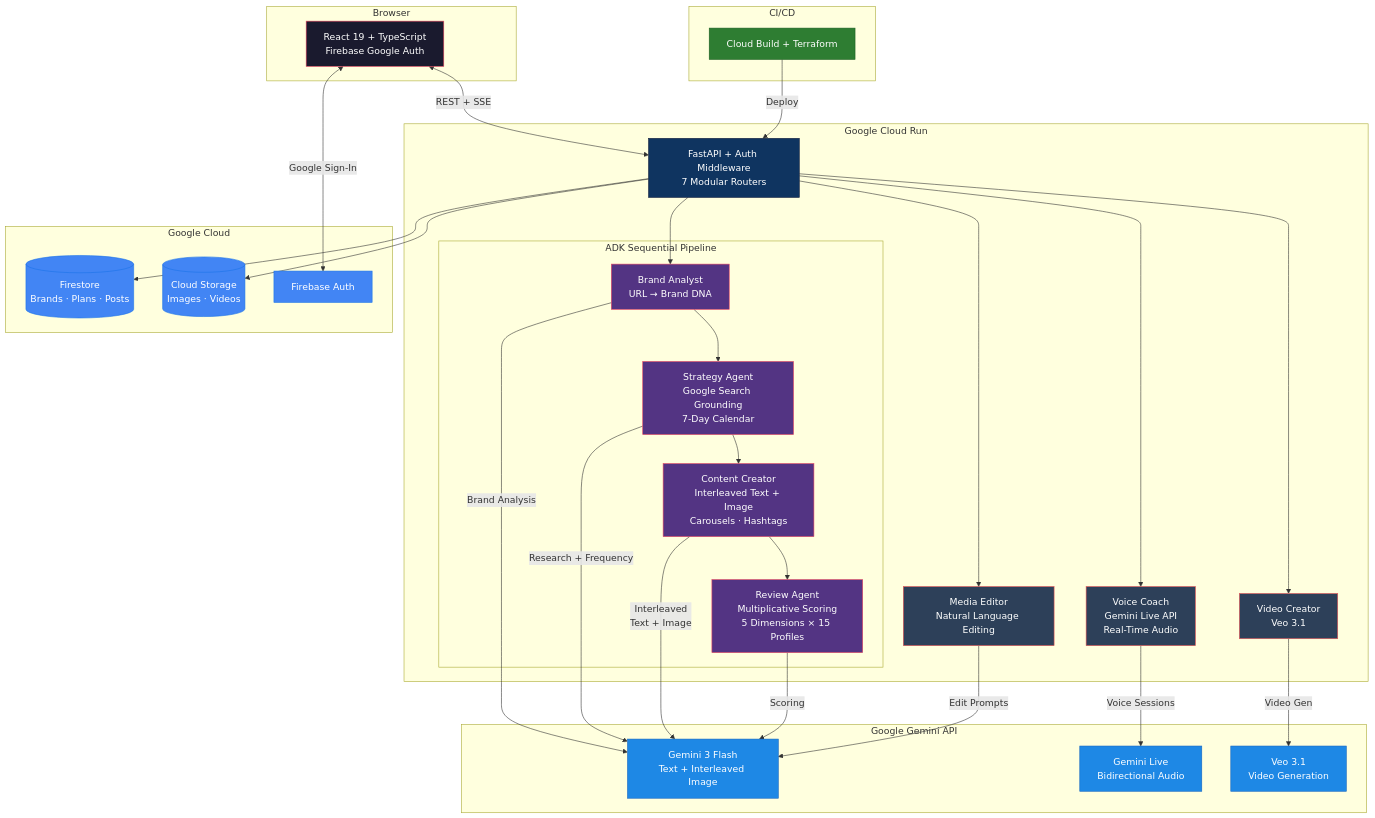
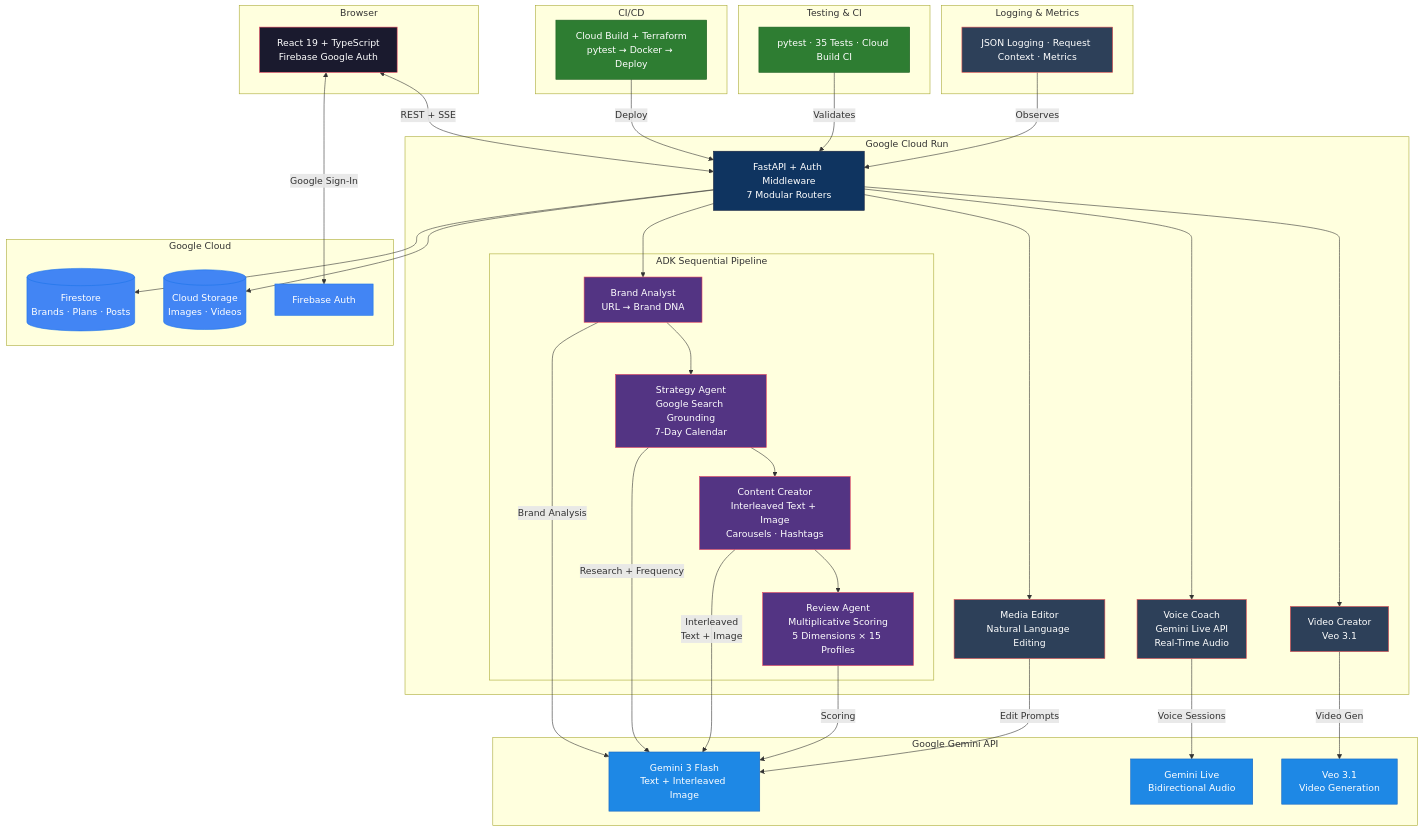
Before and after one commit to dimitriderose/amplispark: the diagram in docs/architecture-simple.mermaid, drawn with Mermaid. The commit also changed 4 other files, not shown here.

First line of the commit message:
docs: update README, PRD, TDD, and architecture diagrams with v1.8/v1.9 changes

```diff
--- a/docs/architecture-simple.mermaid
+++ b/docs/architecture-simple.mermaid
@@ -1,75 +1,87 @@
 graph TB
     subgraph Browser["Browser"]
         FE["React 19 + TypeScript<br/>Firebase Google Auth"]
     end
 
     subgraph CloudRun["Google Cloud Run"]
         API["FastAPI + Auth Middleware<br/>7 Modular Routers"]
 
         subgraph Pipeline["ADK Sequential Pipeline"]
             BA["Brand Analyst<br/>URL → Brand DNA"]
             STR["Strategy Agent<br/>Google Search Grounding<br/>7-Day Calendar"]
             CC["Content Creator<br/>Interleaved Text + Image<br/>Carousels · Hashtags"]
             RA["Review Agent<br/>Multiplicative Scoring<br/>5 Dimensions × 15 Profiles"]
         end
 
         VC["Voice Coach<br/>Gemini Live API<br/>Real-Time Audio"]
         VID["Video Creator<br/>Veo 3.1"]
         ME["Media Editor<br/>Natural Language Editing"]
     end
 
     subgraph Gemini["Google Gemini API"]
         GFlash["Gemini 3 Flash<br/>Text + Interleaved Image"]
         GLive["Gemini Live<br/>Bidirectional Audio"]
         VEO["Veo 3.1<br/>Video Generation"]
     end
 
     subgraph GCP["Google Cloud"]
         FS[("Firestore<br/>Brands · Plans · Posts")]
         GCS[("Cloud Storage<br/>Images · Videos")]
         FAUTH["Firebase Auth"]
     end
 
     subgraph CICD["CI/CD"]
-        CB["Cloud Build + Terraform"]
+        CB["Cloud Build + Terraform<br/>pytest → Docker → Deploy"]
+    end
+
+    subgraph Testing["Testing & CI"]
+        TST["pytest · 35 Tests · Cloud Build CI"]
+    end
+
+    subgraph Observability["Logging & Metrics"]
+        LOG["JSON Logging · Request Context · Metrics"]
     end
 
     FE <-->|"REST + SSE"| API
     FE <-->|"Google Sign-In"| FAUTH
 
     API --> BA
     BA --> STR
     STR --> CC
     CC --> RA
 
     API --> VC
     API --> VID
     API --> ME
 
     BA -->|"Brand Analysis"| GFlash
     STR -->|"Research + Frequency"| GFlash
     CC -->|"Interleaved<br/>Text + Image"| GFlash
     RA -->|"Scoring"| GFlash
     ME -->|"Edit Prompts"| GFlash
     VC -->|"Voice Sessions"| GLive
     VID -->|"Video Gen"| VEO
 
     API --> FS
     API --> GCS
     CB -->|"Deploy"| API
+    TST -->|"Validates"| API
+    LOG -->|"Observes"| API
 
     classDef browser fill:#1a1a2e,stroke:#e94560,color:#fff
     classDef cloud fill:#0f3460,stroke:#16213e,color:#fff
     classDef pipeline fill:#533483,stroke:#e94560,color:#fff
     classDef gemini fill:#1e88e5,stroke:#1565c0,color:#fff
     classDef gcp fill:#4285f4,stroke:#1a73e8,color:#fff
     classDef infra fill:#2e7d32,stroke:#1b5e20,color:#fff
     classDef support fill:#2d4059,stroke:#ea5455,color:#fff
 
     class FE browser
     class API cloud
     class BA,STR,CC,RA pipeline
     class VC,VID,ME support
     class GFlash,GLive,VEO gemini
     class FS,GCS,FAUTH gcp
     class CB infra
+    class TST infra
+    class LOG support
```
